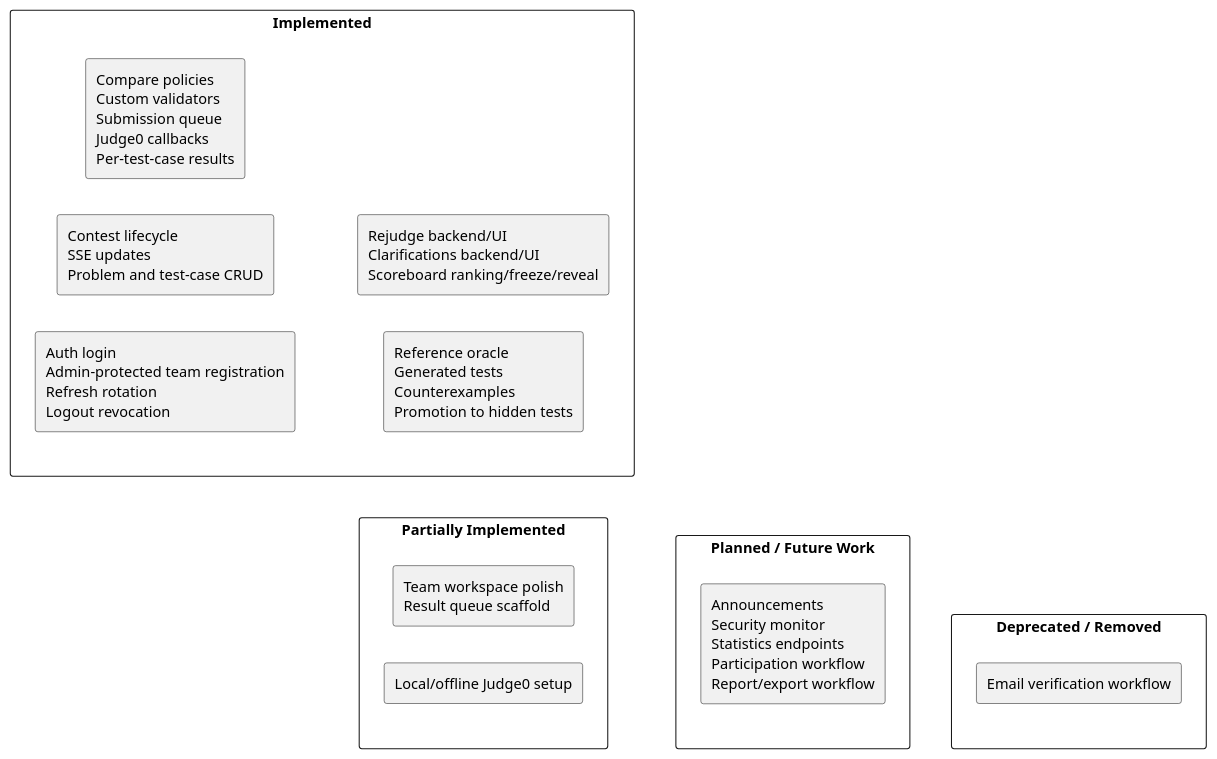
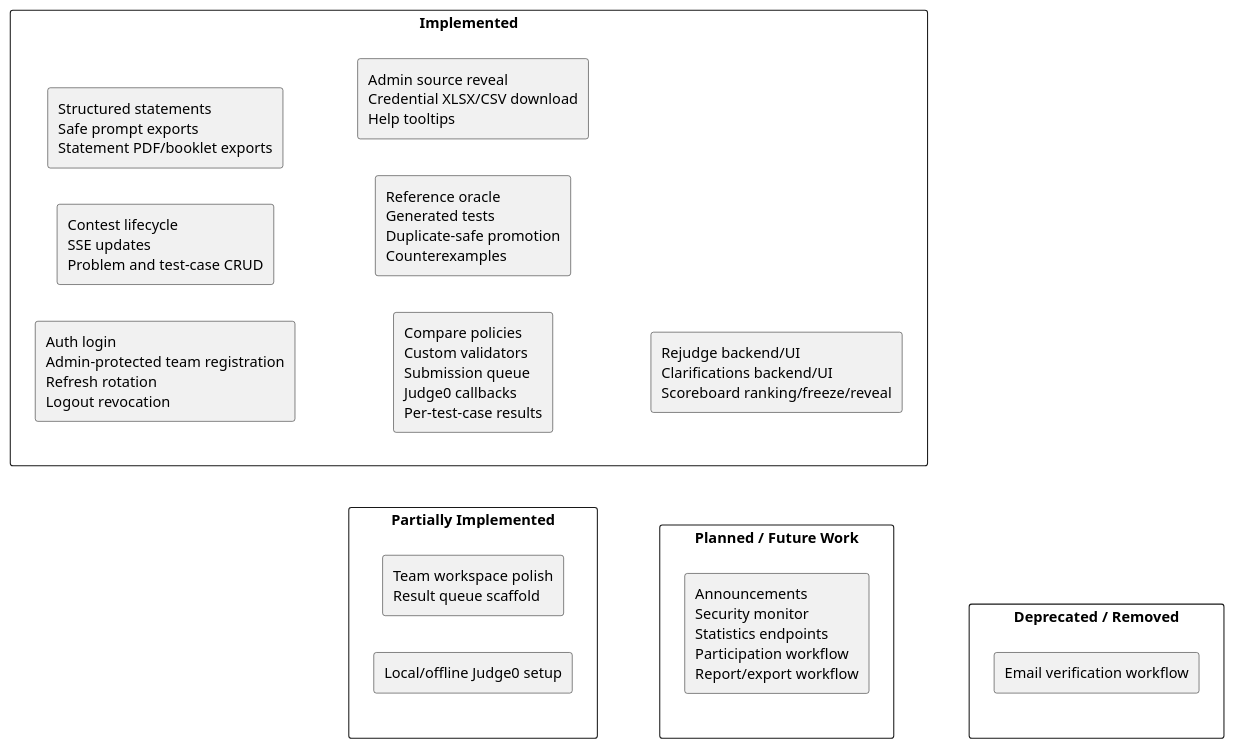
One commit to AuraC-graduate-project/AuraC2 changed the third of 18 diagrams in docs/report-rebuild/diagram-prompts.md. Above: the diagram before and after it, drawn with PlantUML. The commit also changed other lines of this file and 20 other files, not shown here.

````diff
--- a/docs/report-rebuild/diagram-prompts.md
+++ b/docs/report-rebuild/diagram-prompts.md
@@ -102,25 +102,27 @@
 ```plantuml
 @startuml
 left to right direction
 rectangle "Implemented" as I {
   rectangle "Auth login\nAdmin-protected team registration\nRefresh rotation\nLogout revocation"
   rectangle "Contest lifecycle\nSSE updates\nProblem and test-case CRUD"
+  rectangle "Structured statements\nSafe prompt exports\nStatement PDF/booklet exports"
   rectangle "Compare policies\nCustom validators\nSubmission queue\nJudge0 callbacks\nPer-test-case results"
-  rectangle "Reference oracle\nGenerated tests\nCounterexamples\nPromotion to hidden tests"
+  rectangle "Reference oracle\nGenerated tests\nDuplicate-safe promotion\nCounterexamples"
+  rectangle "Admin source reveal\nCredential XLSX/CSV download\nHelp tooltips"
   rectangle "Rejudge backend/UI\nClarifications backend/UI\nScoreboard ranking/freeze/reveal"
 }
 rectangle "Partially Implemented" as P {
   rectangle "Team workspace polish\nResult queue scaffold"
   rectangle "Local/offline Judge0 setup"
 }
 rectangle "Planned / Future Work" as F {
   rectangle "Announcements\nSecurity monitor\nStatistics endpoints\nParticipation workflow\nReport/export workflow"
 }
 rectangle "Deprecated / Removed" as R {
   rectangle "Email verification workflow"
 }
 I -[hidden]-> P
 P -[hidden]-> F
 F -[hidden]-> R
 @enduml
 ```
````
